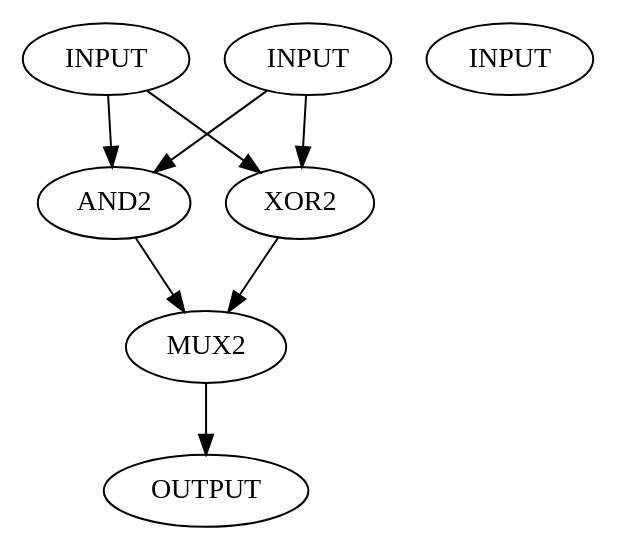
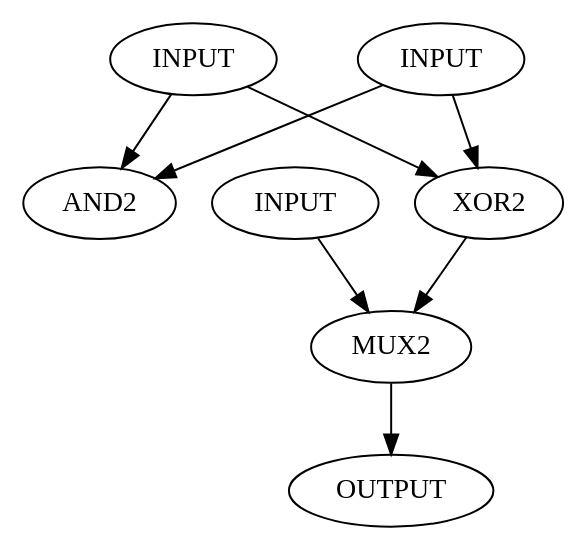
The diagram in mux.dot (PML09022000/Projet_phelma), drawn with Graphviz before and after one commit. The commit also changed 2 other files, not shown here.

```diff
--- a/mux.dot
+++ b/mux.dot
@@ -1,17 +1,18 @@
 digraph test {
   I1 [label = "INPUT"];
   I2 [label = "INPUT"];
   I3 [label = "INPUT"];
 
   M1_AND [label = "AND2" ];
   M1_XOR [label = "XOR2" ];
 
-  M1 [label = "MUX2" sel = "I3"];
+  M1 [label = "MUX2" sel = "M1_AND"];
   O1 [label = "OUTPUT"];
 
-  I1 -> M1_AND -> M1;
+  I1 -> M1_AND;
   I2 -> M1_AND;
 
   I1 -> M1_XOR -> M1 -> O1;
   I2 -> M1_XOR;
+  I3 -> M1;
 }
```
